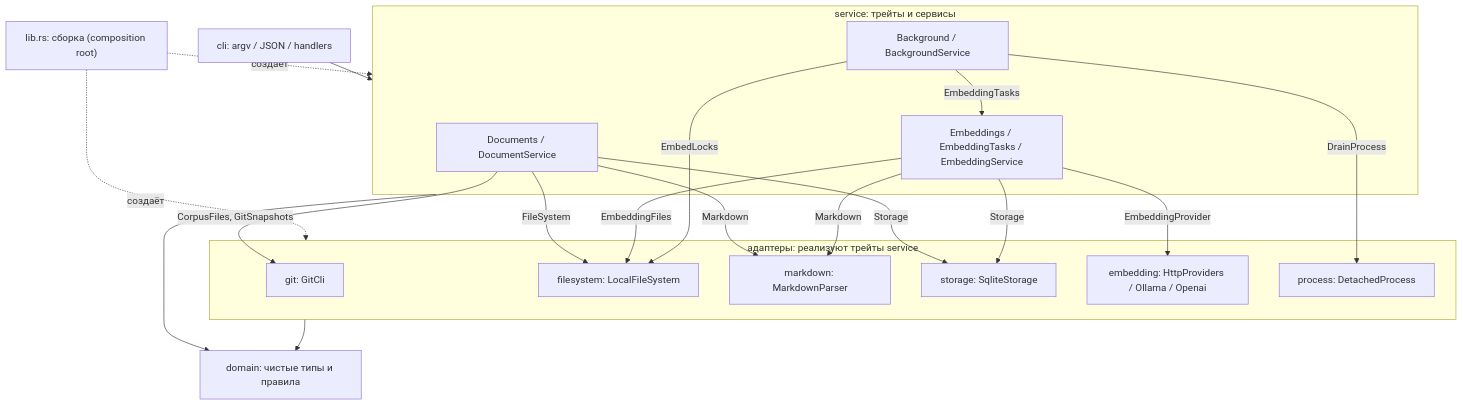
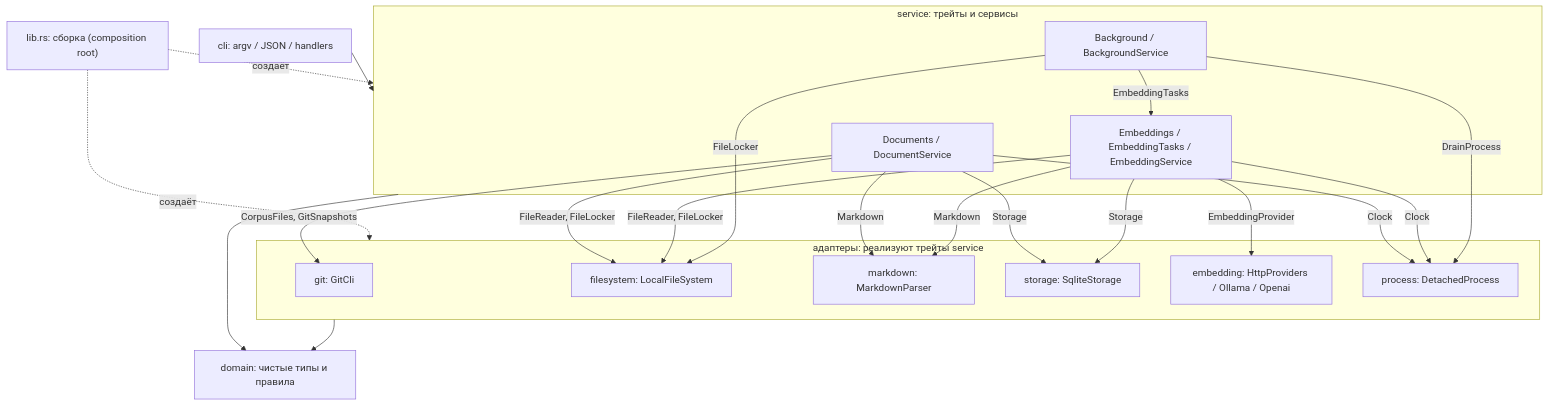
The diagram in docs/subsystem-map.md (zdkadiev/letopis), drawn with Mermaid before and after one commit. The commit also changed other lines of this file and 62 other files, not shown here.

````diff
--- a/docs/subsystem-map.md
+++ b/docs/subsystem-map.md
@@ -28,32 +28,34 @@
 ```mermaid
 flowchart TD
     CLI["cli: argv / JSON / handlers"] --> SVC
     LIB["lib.rs: сборка (composition root)"] -.создаёт.-> SVC
     LIB -.создаёт.-> ADP
     subgraph SVC["service: трейты и сервисы"]
         DOCS["Documents / DocumentService"]
         EMB["Embeddings / EmbeddingTasks / EmbeddingService"]
         BG["Background / BackgroundService"]
     end
     subgraph ADP["адаптеры: реализуют трейты service"]
         GIT["git: GitCli"]
         FS["filesystem: LocalFileSystem"]
         MD["markdown: MarkdownParser"]
         ST["storage: SqliteStorage"]
         HTTP["embedding: HttpProviders / Ollama / Openai"]
         PROC["process: DetachedProcess"]
     end
     SVC --> DOM["domain: чистые типы и правила"]
     ADP --> DOM
     DOCS -->|CorpusFiles, GitSnapshots| GIT
-    DOCS -->|FileSystem| FS
+    DOCS -->|FileReader, FileLocker| FS
+    DOCS -->|Clock| PROC
     DOCS -->|Markdown| MD
     DOCS -->|Storage| ST
     EMB -->|Storage| ST
-    EMB -->|EmbeddingFiles| FS
+    EMB -->|FileReader, FileLocker| FS
+    EMB -->|Clock| PROC
     EMB -->|Markdown| MD
     EMB -->|EmbeddingProvider| HTTP
     BG -->|EmbeddingTasks| EMB
-    BG -->|EmbedLocks| FS
+    BG -->|FileLocker| FS
     BG -->|DrainProcess| PROC
 ```
````
